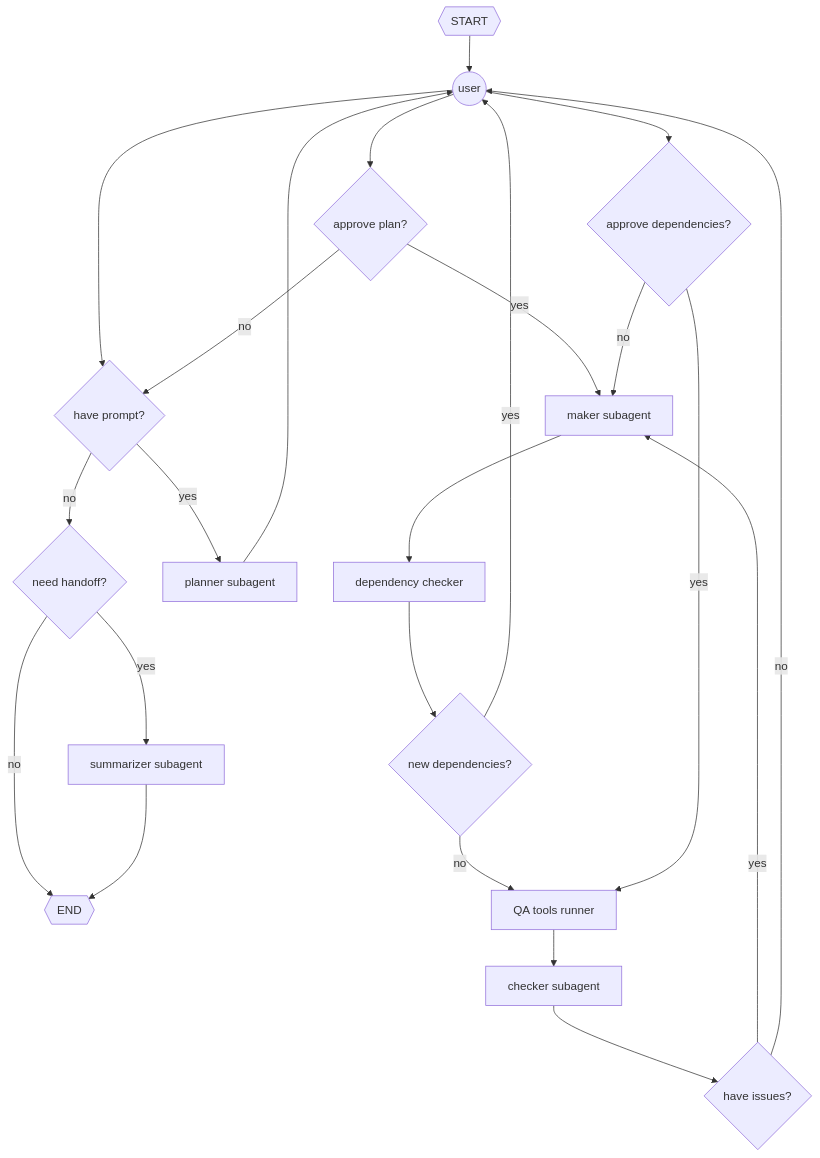
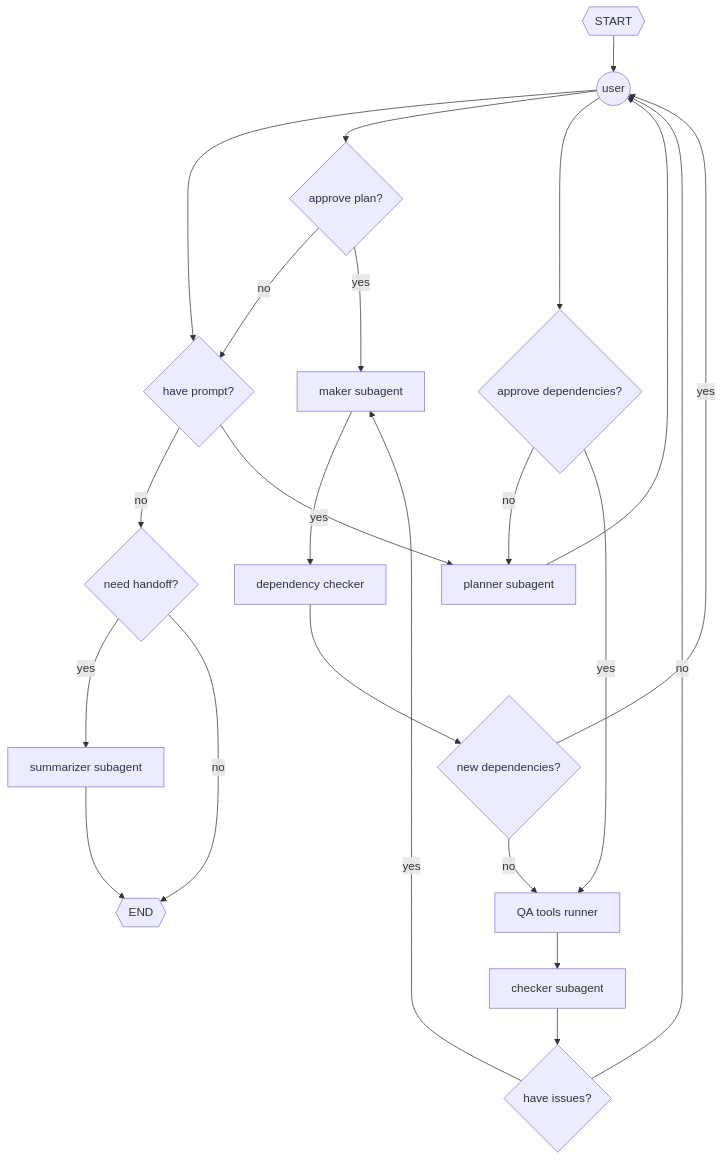
One commit to keiferc/tern changed the diagram in README.md. Above: the diagram before and after it, drawn with Mermaid.

Commit message:
docs: updated agent architecture

````diff
--- a/README.md
+++ b/README.md
@@ -107,27 +107,27 @@
 ```mermaid
 ---
 config:
   layout: dagre
 ---
 flowchart TB
     s{{"START"}} --> user(("user"))
     user --> have_prompt{"have prompt?"} & approve_plan{"approve plan?"} & approve_deps{"approve dependencies?"}
     have_prompt -- no --> need_handoff{"need handoff?"}
     need_handoff -- yes --> summarizer["summarizer subagent"]
     need_handoff -- no --> e{{"END"}}
     summarizer --> e
     have_prompt -- yes --> planner["planner subagent"]
     planner --> user
     approve_plan -- no --> have_prompt
     approve_plan -- yes --> maker["maker subagent"]
     maker --> dep_check["dependency checker"]
     dep_check --> new_deps{"new dependencies?"}
     new_deps -- no --> qa_tools["QA tools runner"]
     new_deps -- yes --> user
-    approve_deps -- no --> maker
+    approve_deps -- no --> planner
     approve_deps -- yes --> qa_tools
     qa_tools --> checker["checker subagent"]
     checker --> have_issues{"have issues?"}
     have_issues -- yes --> maker
     have_issues -- no --> user
 ```
````
